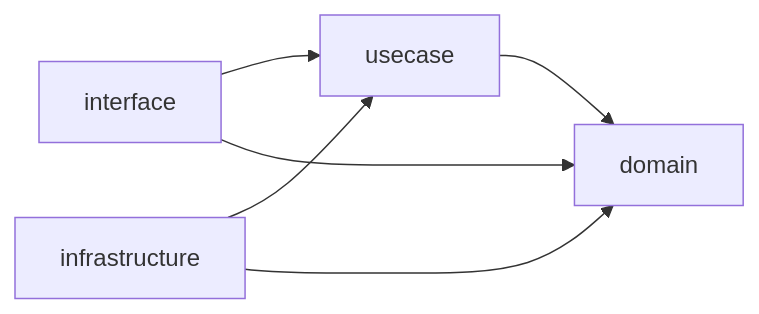
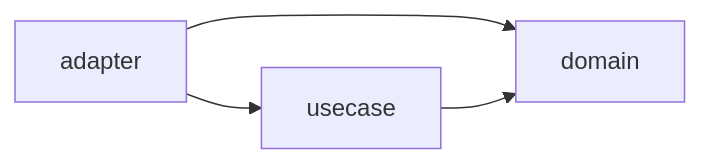
The diagram in books/go-service-design/enforce-dependency-rule.md (135yshr/documents), drawn with Mermaid before and after one commit. The commit also changed other lines of this file and 18 other files, not shown here.

````diff
--- a/books/go-service-design/enforce-dependency-rule.md
+++ b/books/go-service-design/enforce-dependency-rule.md
@@ -35,8 +13,6 @@
 ```mermaid
 graph LR
-    interface --> usecase
+    adapter --> usecase
+    adapter --> domain
     usecase --> domain
-    infrastructure --> usecase
-    infrastructure --> domain
-    interface --> domain
 ```
````
